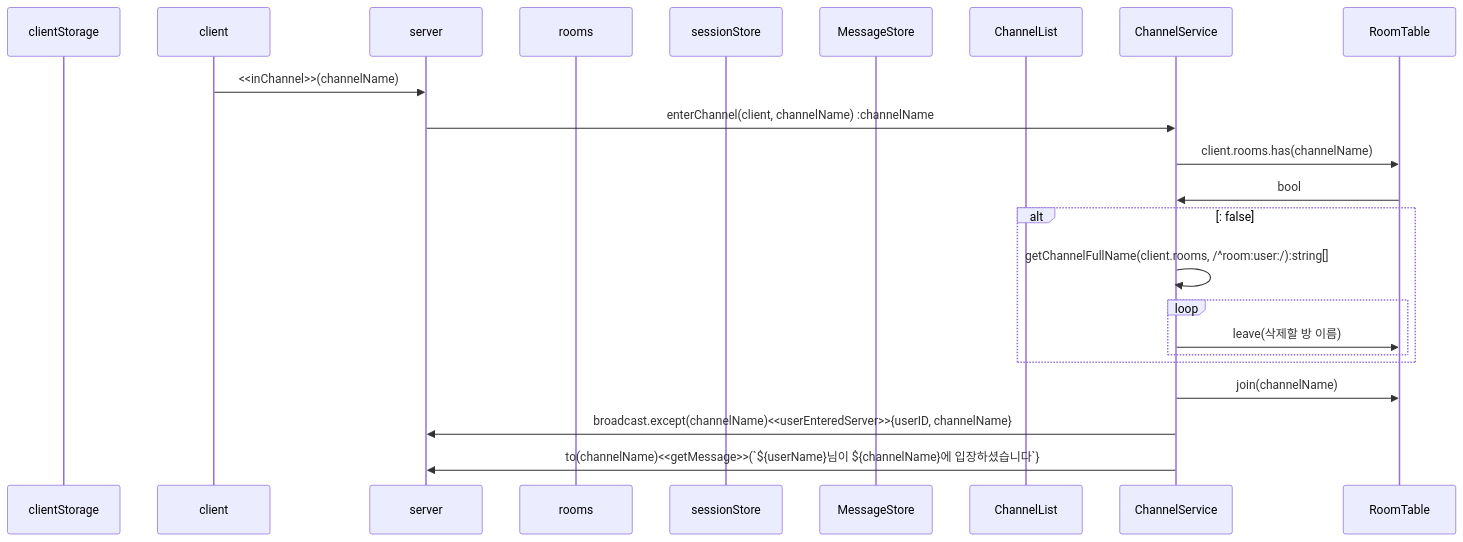
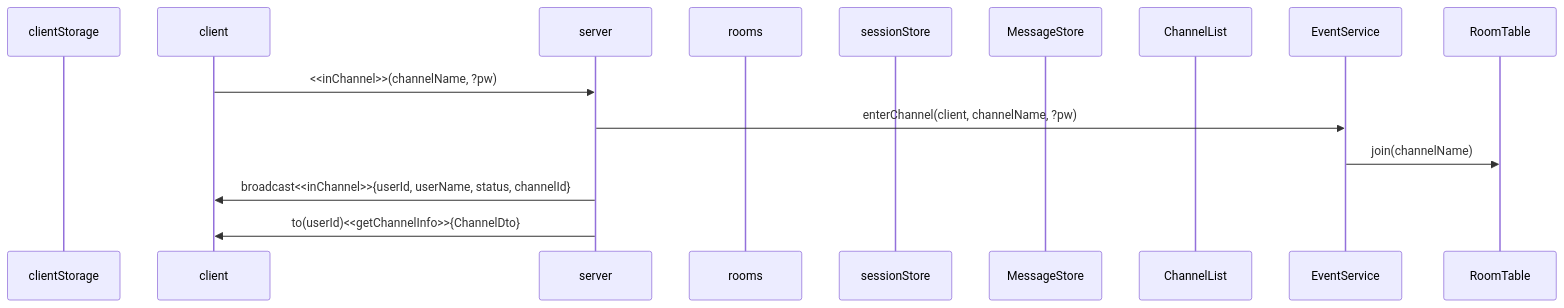
The fourth of 19 diagrams in backend/node/app/event.md (mtak0235/simmons_transcendence), drawn with Mermaid before and after one commit. The commit also changed other lines of this file and 1 other file, not shown here.

````diff
--- a/backend/node/app/event.md
+++ b/backend/node/app/event.md
@@ -118,26 +106,18 @@
 ```mermaid
 sequenceDiagram
 participant cls as clientStorage
 participant c as client
 participant ga as server
 participant r as rooms
 participant ss as sessionStore
 participant ms as MessageStore
 participant cns as ChannelList
-participant cs as ChannelService
+participant cs as EventService
 participant rt as RoomTable
 
-c->>ga: <<inChannel>>(channelName)
-ga->>cs: enterChannel(client, channelName) :channelName
-cs->>rt: client.rooms.has(channelName)
-rt->>cs: bool
-alt: false
-cs->>cs: getChannelFullName(client.rooms, /^room:user:/):string[]
-loop
-cs->>rt: leave(삭제할 방 이름)
-end
-end
+c->>ga: <<inChannel>>(channelName, ?pw)
+ga->>cs: enterChannel(client, channelName, ?pw)
 cs->>rt: join(channelName)
-cs->>ga: broadcast.except(channelName)<<userEnteredServer>>{userID, channelName}
-cs->>ga: to(channelName)<<getMessage>>(`${userName}님이 ${channelName}에 입장하셨습니다`}
+ga->>c: broadcast<<inChannel>>{userId, userName, status, channelId}
+ga->>c: to(userId)<<getChannelInfo>>{ChannelDto}
 ```
````
